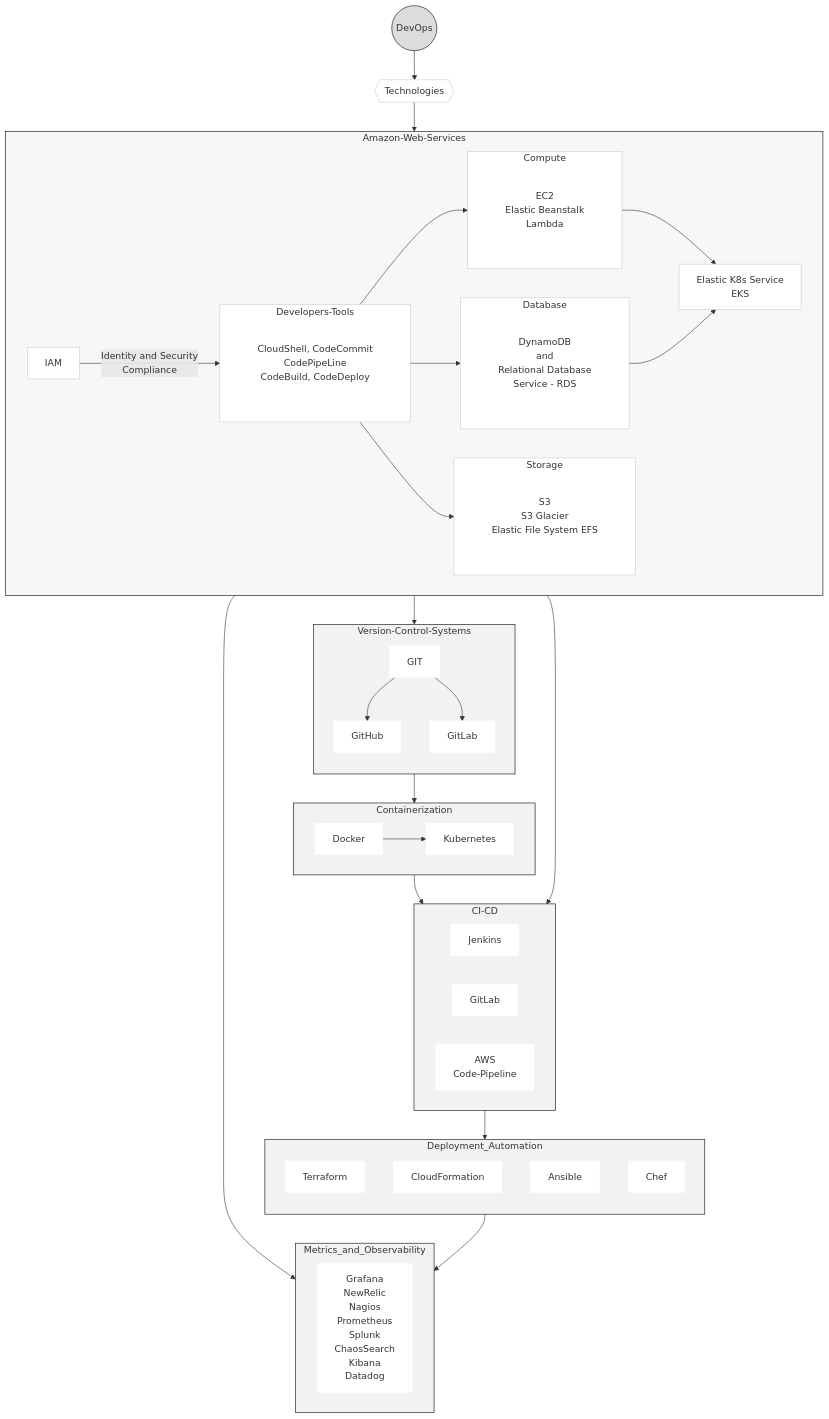
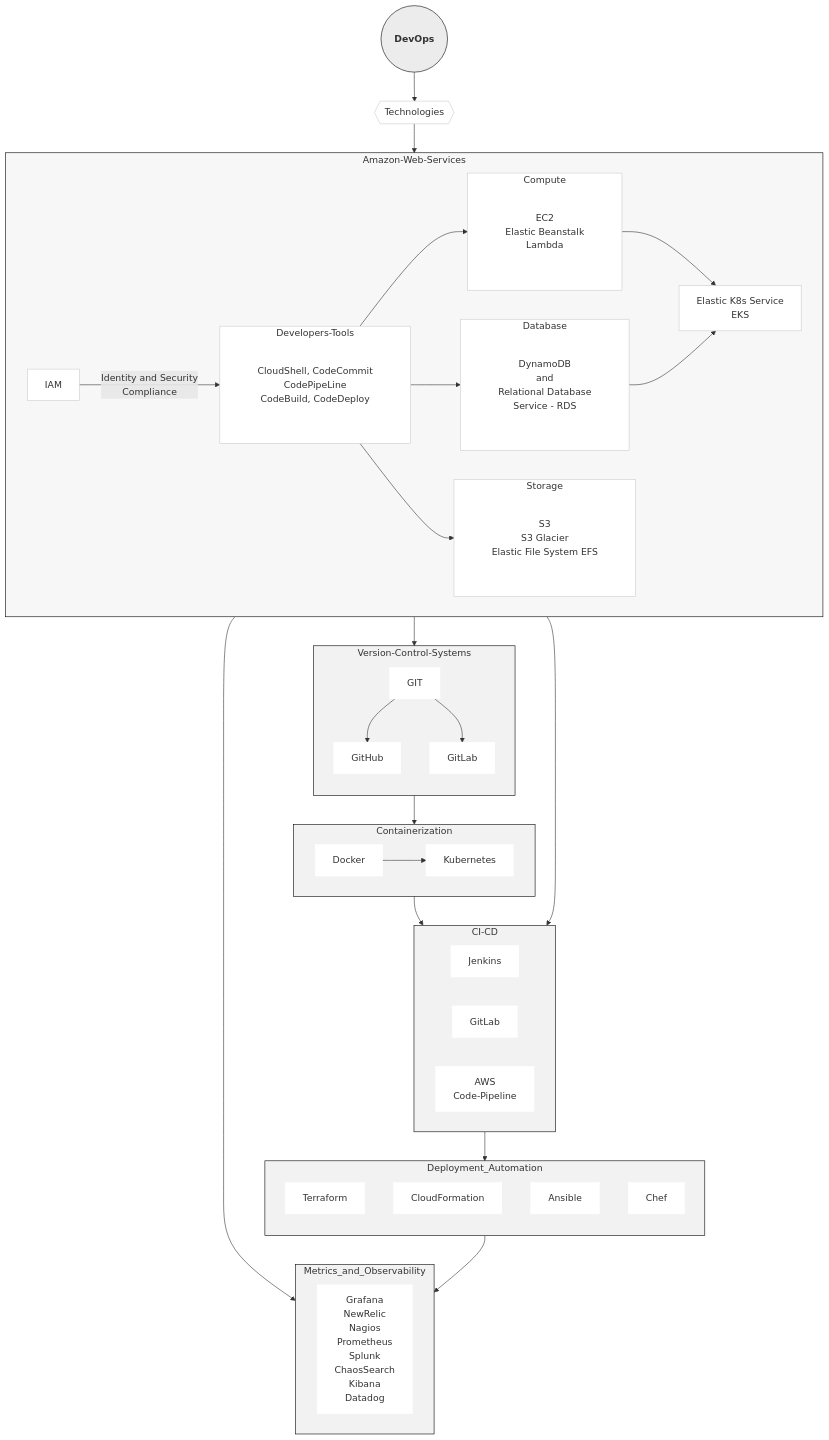
The fifth of 7 diagrams in README.md (kjfigueroa/profile), drawn with Mermaid before and after one commit. The commit also changed other lines of this file, not shown here.

````diff
--- a/README.md
+++ b/README.md
@@ -116,63 +132,63 @@
 ```mermaid
 flowchart TD
-devops((DevOps)); style devops fill:#dcdcdc,stroke:#000;
+devops((&nbsp;&nbsp;&nbsp;<b>DevOps</b>&nbsp;&nbsp;&nbsp;)); style devops fill:#ececec,stroke:#000;
 tech{{Technologies}}; style tech fill:#fff,stroke:#ccc;
 devops --> tech
 subgraph Amazon-Web-Services; style Amazon-Web-Services fill:#f7f7f7,stroke:#000;
     IAM[IAM]; style IAM fill:#fff,stroke:#ccc;
     subgraph Developers-Tools; style Developers-Tools fill:#fff,stroke:#ccc;
         direction TB
         DT[CloudShell, CodeCommit<br>CodePipeLine<br>CodeBuild, CodeDeploy];style DT fill:#fff,stroke:#fff;
     end
     subgraph Compute; style Compute fill:#fff,stroke:#ccc;
         direction TB
         COMP[EC2<br>Elastic Beanstalk<br>Lambda]; style COMP fill:#fff,stroke:#fff;
     end
     subgraph Storage; style Storage fill:#fff,stroke:#ccc;
         direction TB
         ST[S3<br>S3 Glacier<br>Elastic File System EFS];style ST fill:#fff,stroke:#fff;
     end
     subgraph Database; style Database fill:#fff,stroke:#ccc;
         direction TB
         DB[DynamoDB<br>and<br>Relational Database<br>Service - RDS]; style DB fill:#fff,stroke:#fff;
     end
     EKS[Elastic K8s Service<br>EKS];style EKS fill:#fff,stroke:#ccc;
     IAM -->|Identity and Security<br>Compliance| Developers-Tools
     Developers-Tools --> Compute --> EKS
     Developers-Tools --> Storage
     Developers-Tools --> Database --> EKS
 end
 subgraph Version-Control-Systems; style Version-Control-Systems fill:#f2f2f2,stroke:#000;
     direction TB
     GIT[GIT]; style GIT fill:#fff,stroke:#fff;
     GitHub[GitHub]; style GitHub fill:#fff,stroke:#fff;
     GitLab[GitLab]; style GitLab fill:#fff,stroke:#fff;
     GIT --> GitHub; GIT --> GitLab
 end
 subgraph CI-CD; style CI-CD fill:#f2f2f2,stroke:#000;
     jenkins[Jenkins]; style jenkins fill:#fff,stroke:#fff;
     gitlab[GitLab]; style gitlab fill:#fff,stroke:#fff;
     awscp[AWS<br>Code-Pipeline]; style awscp fill:#fff,stroke:#fff;
 end
 subgraph Metrics_and_Observability; style Metrics_and_Observability fill:#f2f2f2,stroke:#000;
     metrics[Grafana<br>NewRelic<br>Nagios<br>Prometheus<br>Splunk<br>ChaosSearch<br>Kibana<br>Datadog]
     style metrics fill:#fff,stroke:#fff;
 end
 subgraph Deployment_Automation; style Deployment_Automation fill:#f2f2f2,stroke:#000;
     direction TB
     tf[Terraform];style tf fill:#fff,stroke:#fff;
     awscf[CloudFormation];style awscf fill:#fff,stroke:#fff;
     ans[Ansible];style ans fill:#fff,stroke:#fff;
     chef[Chef];style chef fill:#fff,stroke:#fff;
 end
 subgraph Containerization; style Containerization fill:#f2f2f2,stroke:#000;
     direction LR
     docker[Docker];style docker fill:#fff,stroke:#fff;
     kb[Kubernetes];style kb fill:#fff,stroke:#fff;
     docker --> kb
 end
 tech --> Amazon-Web-Services
 Amazon-Web-Services --> Version-Control-Systems --> Containerization --> CI-CD
 Amazon-Web-Services --> Metrics_and_Observability
 Amazon-Web-Services --> CI-CD --> Deployment_Automation --> Metrics_and_Observability
 ```
````
